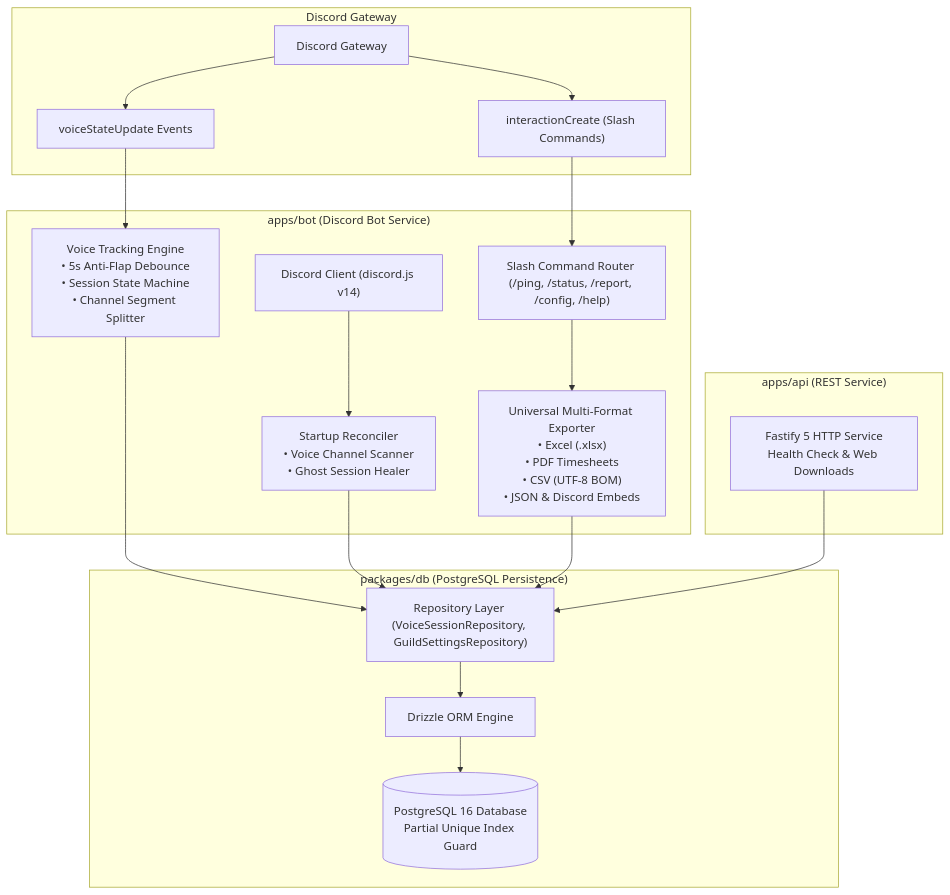
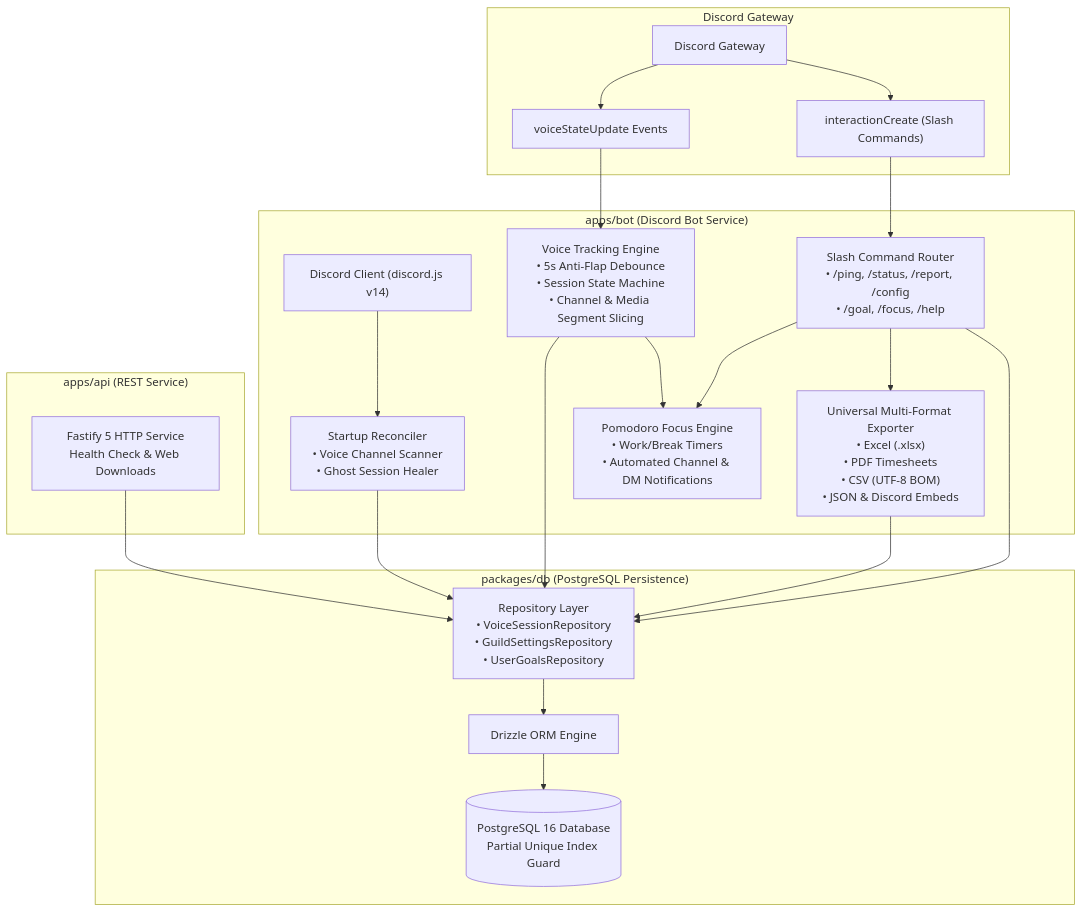
The diagram in README.md (sakibtamim/purrtrack), drawn with Mermaid before and after one commit. The commit also changed other lines of this file and 4 other files, not shown here.

Commit message:
docs: update README with Productivity Suite and wire /goal and /focus into command dispatcher

````diff
--- a/README.md
+++ b/README.md
@@ -43,39 +45,43 @@
 ```mermaid
 graph TD
     subgraph GATEWAY ["Discord Gateway"]
         GW["Discord Gateway"]
         VOICE["voiceStateUpdate Events"]
         INTERACTION["interactionCreate (Slash Commands)"]
     end
 
     subgraph BOT ["apps/bot (Discord Bot Service)"]
         CLIENT["Discord Client (discord.js v14)"]
-        TRACKER["Voice Tracking Engine<br/>• 5s Anti-Flap Debounce<br/>• Session State Machine<br/>• Channel Segment Splitter"]
+        TRACKER["Voice Tracking Engine<br/>• 5s Anti-Flap Debounce<br/>• Session State Machine<br/>• Channel & Media Segment Slicing"]
+        FOCUS["Pomodoro Focus Engine<br/>• Work/Break Timers<br/>• Automated Channel & DM Notifications"]
         RECONCILER["Startup Reconciler<br/>• Voice Channel Scanner<br/>• Ghost Session Healer"]
-        COMMANDS["Slash Command Router (/ping, /status, /report, /config, /help)"]
+        COMMANDS["Slash Command Router<br/>• /ping, /status, /report, /config<br/>• /goal, /focus, /help"]
         EXPORTER["Universal Multi-Format Exporter<br/>• Excel (.xlsx)<br/>• PDF Timesheets<br/>• CSV (UTF-8 BOM)<br/>• JSON & Discord Embeds"]
     end
 
     subgraph DB ["packages/db (PostgreSQL Persistence)"]
-        REPOS["Repository Layer (VoiceSessionRepository, GuildSettingsRepository)"]
+        REPOS["Repository Layer<br/>• VoiceSessionRepository<br/>• GuildSettingsRepository<br/>• UserGoalsRepository"]
         DRIZZLE["Drizzle ORM Engine"]
         PG[("PostgreSQL 16 Database<br/>Partial Unique Index Guard")]
     end
 
     subgraph API ["apps/api (REST Service)"]
         FASTIFY["Fastify 5 HTTP Service<br/>Health Check & Web Downloads"]
     end
 
     GW --> VOICE
     GW --> INTERACTION
     VOICE --> TRACKER
     INTERACTION --> COMMANDS
     CLIENT --> RECONCILER
     TRACKER --> REPOS
+    TRACKER --> FOCUS
+    COMMANDS --> FOCUS
     RECONCILER --> REPOS
     COMMANDS --> EXPORTER
+    COMMANDS --> REPOS
     EXPORTER --> REPOS
     REPOS --> DRIZZLE
     DRIZZLE --> PG
     FASTIFY --> REPOS
 ```
````
